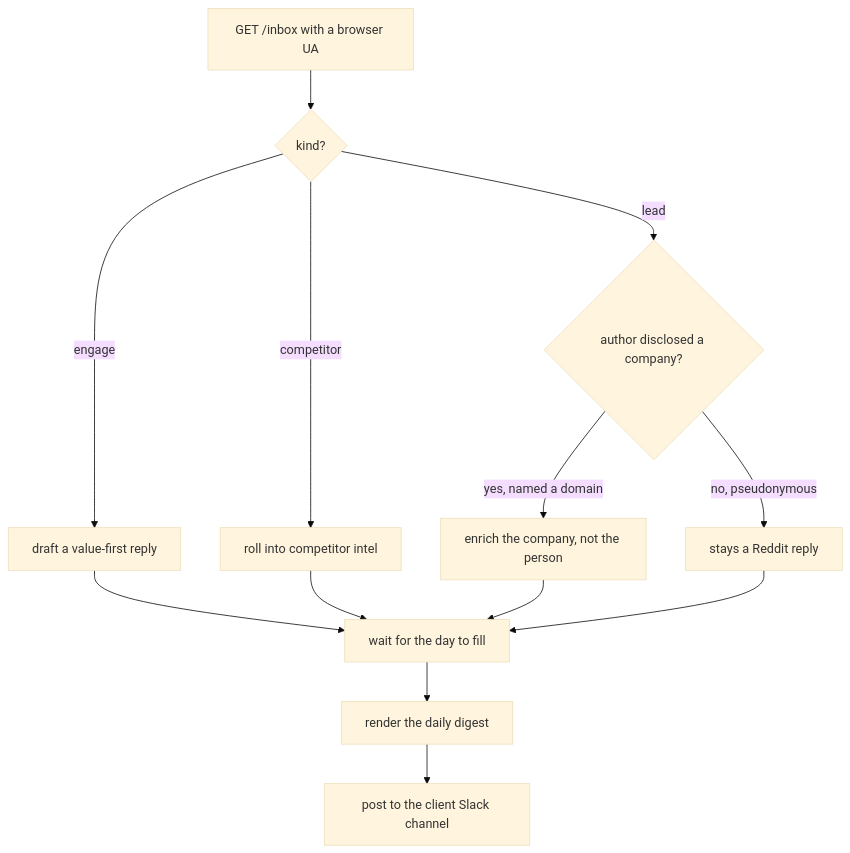
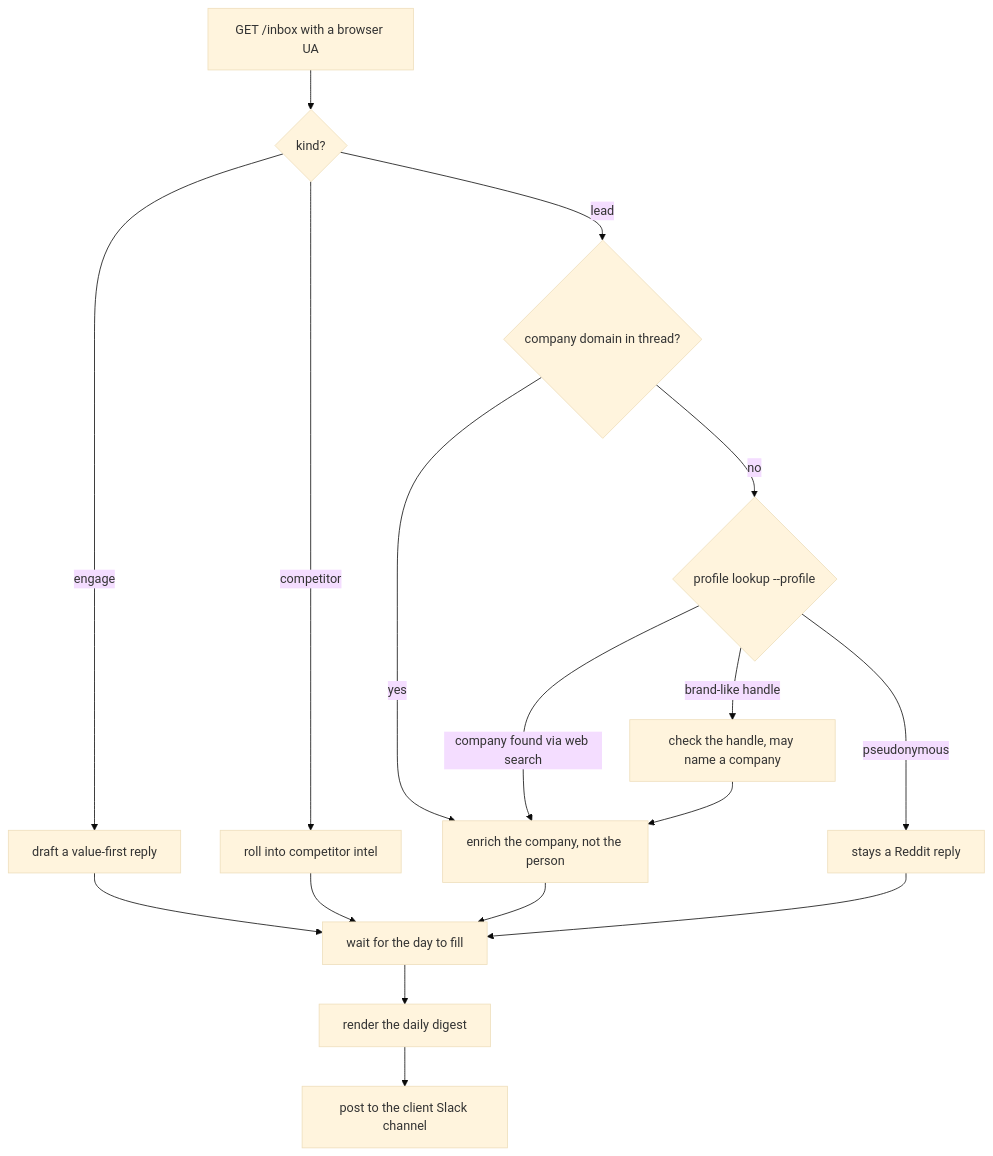
One commit to shawnla90/gtm-coding-agent changed the diagram in chapters/19-lead-unmasking-and-slack-digest.md. Above: the diagram before and after it, drawn with Mermaid (base theme). The commit also changed other lines of this file and 6 other files, not shown here.

First line of the commit message:
0.6.0: profile lookup waterfall + security docs

````diff
--- a/chapters/19-lead-unmasking-and-slack-digest.md
+++ b/chapters/19-lead-unmasking-and-slack-digest.md
@@ -227,15 +363,19 @@
 ```mermaid
 flowchart TD
     A[GET /inbox with a browser UA] --> B{kind?}
     B -->|engage| C[draft a value-first reply]
     B -->|competitor| D[roll into competitor intel]
-    B -->|lead| E{author disclosed a company?}
-    E -->|yes, named a domain| F[enrich the company, not the person]
-    E -->|no, pseudonymous| G[stays a Reddit reply]
+    B -->|lead| E{company domain in thread?}
+    E -->|yes| F[enrich the company, not the person]
+    E -->|no| P{profile lookup --profile}
+    P -->|company found via web search| F
+    P -->|brand-like handle| Q[check the handle, may name a company]
+    P -->|pseudonymous| G[stays a Reddit reply]
+    Q --> F
     C --> H[wait for the day to fill]
     D --> H
     F --> H
     G --> H
     H --> I[render the daily digest]
     I --> J[post to the client Slack channel]
 ```
````
